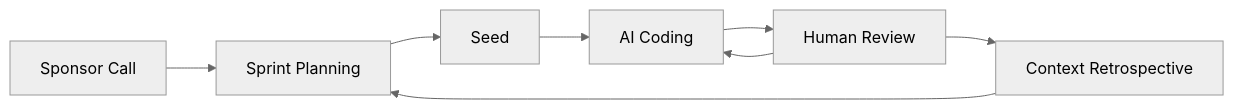
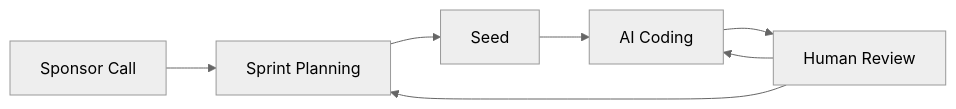
The diagram in README.md (NachoColl/agilevibecoding), drawn with Mermaid (neutral theme) before and after one commit. The commit also changed other lines of this file and 6 other files, not shown here.

````diff
--- a/README.md
+++ b/README.md
@@ -217,10 +197,9 @@
 ```mermaid
 graph LR
     A[Sponsor Call] --> B[Sprint Planning]
     B --> C[Seed]
     C --> D[AI Coding]
     D --> E[Human Review]
     E --> D
-    E --> F[Context Retrospective]
-    F --> B
+    E --> B
 ```
````
